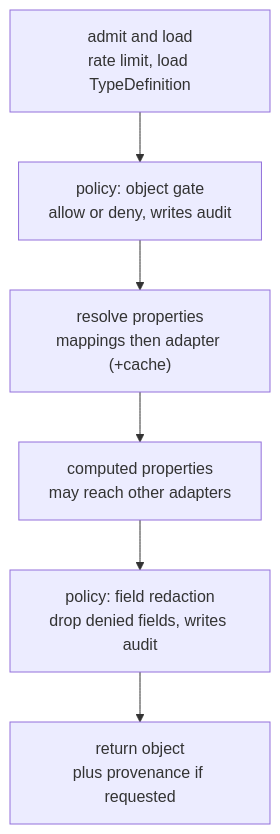
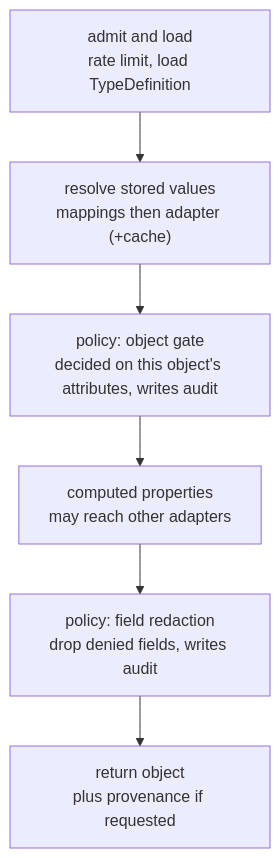
Before and after one commit to marlinspike/TypeSystem: the second of 6 diagrams in docs/architecture.md, drawn with Mermaid. The commit also changed other lines of this file and 24 other files, not shown here.

````diff
--- a/docs/architecture.md
+++ b/docs/architecture.md
@@ -255,10 +255,10 @@
 ```mermaid
 flowchart TB
     a["admit and load<br/>rate limit, load TypeDefinition"]
-    b["policy: object gate<br/>allow or deny, writes audit"]
-    c["resolve properties<br/>mappings then adapter (+cache)"]
+    c["resolve stored values<br/>mappings then adapter (+cache)"]
+    b["policy: object gate<br/>decided on this object's attributes, writes audit"]
     d["computed properties<br/>may reach other adapters"]
     e["policy: field redaction<br/>drop denied fields, writes audit"]
     f["return object<br/>plus provenance if requested"]
-    a --> b --> c --> d --> e --> f
+    a --> c --> b --> d --> e --> f
 ```
````
